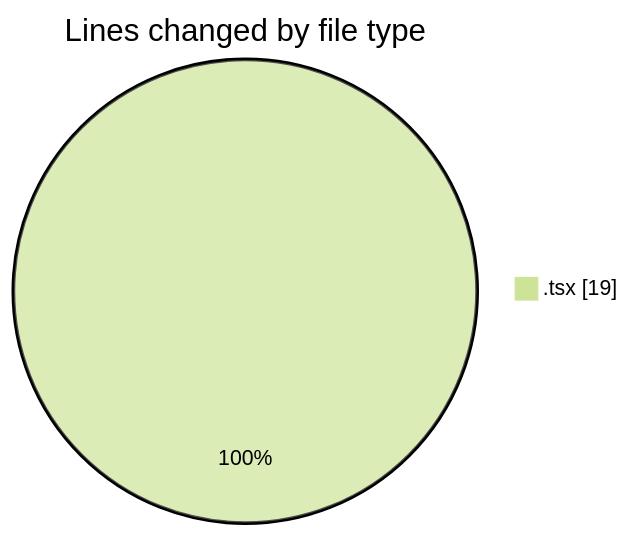
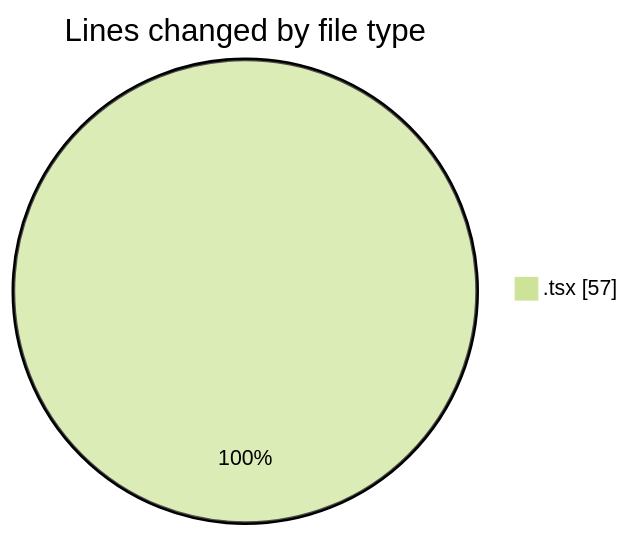
Before and after one commit to julien-gomy/code-tracking: the first of 2 diagrams in 2025-11-18/eventscop-frontend-guide__workspace_/README.md, drawn with Mermaid (forest theme). The commit also changed other lines of this file and 1 other file, not shown here.

````diff
--- a/2025-11-18/eventscop-frontend-guide__workspace_/README.md
+++ b/2025-11-18/eventscop-frontend-guide__workspace_/README.md
@@ -20,5 +20,5 @@
 ```mermaid
 pie showData
 title Lines changed by file type
-".tsx" : 19
+".tsx" : 57
 ```
````
